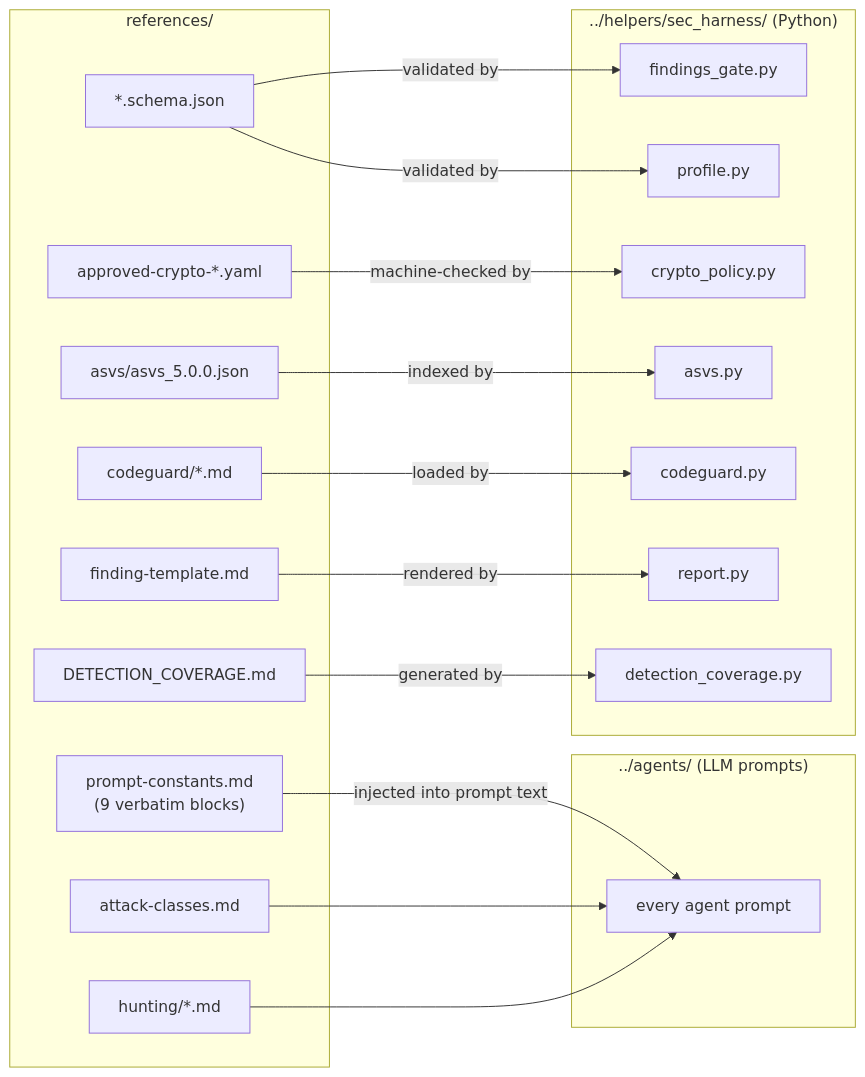
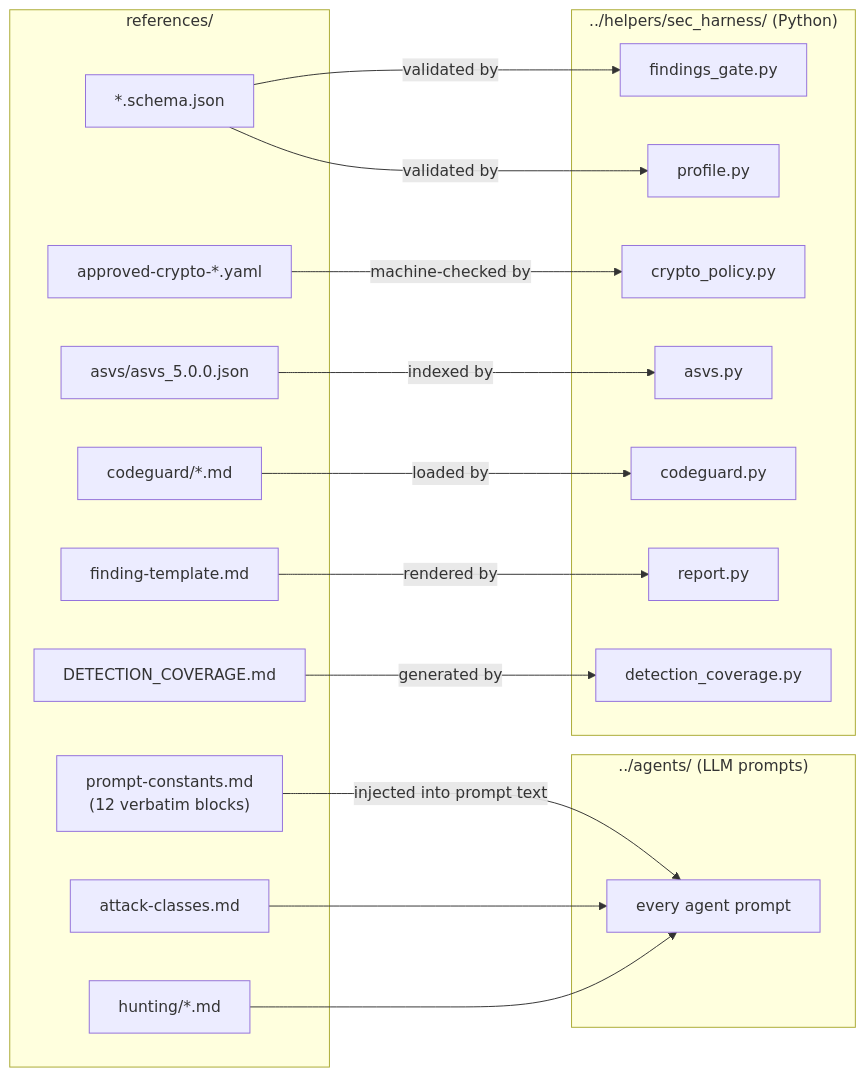
The first of 2 diagrams in skills/sec-harness/references/README.md (cjbischoff/security-harness), drawn with Mermaid before and after one commit. The commit also changed other lines of this file and 1 other file, not shown here.

Commit message:
feat(sec-harness): add DIAGRAM_STYLE, FIELD_OWNERSHIP, QUALIFIER_PROOF prompt blocks

````diff
--- a/skills/sec-harness/references/README.md
+++ b/skills/sec-harness/references/README.md
@@ -34,39 +34,39 @@
 ```mermaid
 flowchart LR
     subgraph REF["references/"]
-        PC["prompt-constants.md<br/>(9 verbatim blocks)"]
+        PC["prompt-constants.md<br/>(12 verbatim blocks)"]
         AC["attack-classes.md"]
         FT["finding-template.md"]
         HUNT["hunting/*.md"]
         CG["codeguard/*.md"]
         ASVS["asvs/asvs_5.0.0.json"]
         CRYPTO["approved-crypto-*.yaml"]
         SCHEMA["*.schema.json"]
         DC["DETECTION_COVERAGE.md"]
     end
 
     subgraph AGENTS["../agents/ (LLM prompts)"]
         A["every agent prompt"]
     end
 
     subgraph HELPERS["../helpers/sec_harness/ (Python)"]
         FG["findings_gate.py"]
         PROF["profile.py"]
         CP["crypto_policy.py"]
         ASVSPY["asvs.py"]
         CGPY["codeguard.py"]
         REP["report.py"]
         DCPY["detection_coverage.py"]
     end
 
     PC -->|"injected into prompt text"| A
     AC --> A
     HUNT --> A
     FT -->|"rendered by"| REP
     SCHEMA -->|"validated by"| FG
     SCHEMA -->|"validated by"| PROF
     CRYPTO -->|"machine-checked by"| CP
     ASVS -->|"indexed by"| ASVSPY
     CG -->|"loaded by"| CGPY
     DC -->|"generated by"| DCPY
 ```
````
